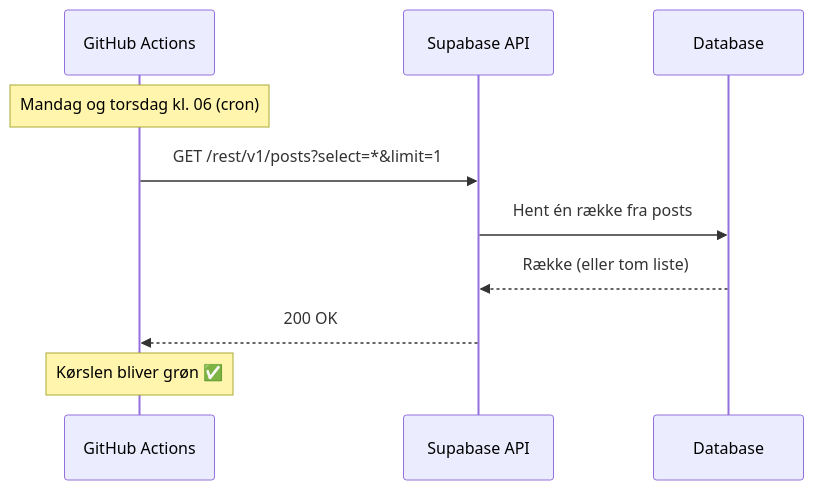
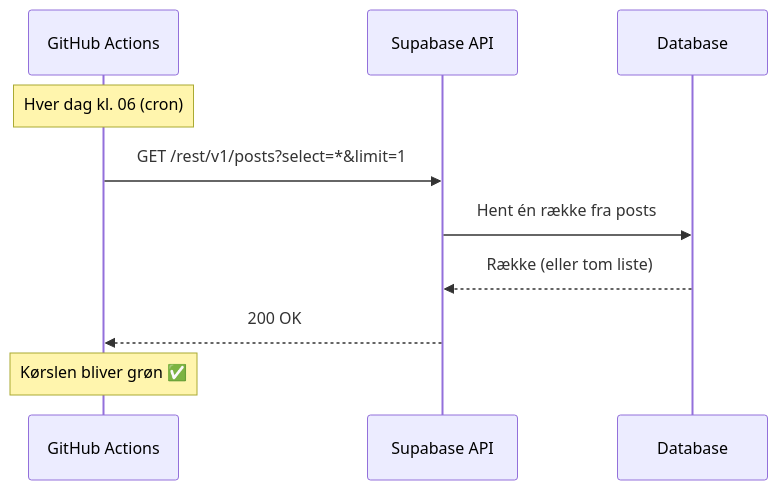
One commit to cederdorff/post-app-supabase changed the second of 3 diagrams in docs/supabase-keep-alive.md. Above: the diagram before and after it, drawn with Mermaid. The commit also changed other lines of this file and 2 other files, not shown here.

````diff
--- a/docs/supabase-keep-alive.md
+++ b/docs/supabase-keep-alive.md
@@ -99,12 +99,12 @@
 ```mermaid
 sequenceDiagram
   participant GH as GitHub Actions
   participant SB as Supabase API
   participant DB as Database
-  Note over GH: Mandag og torsdag kl. 06 (cron)
+  Note over GH: Hver dag kl. 06 (cron)
   GH->>SB: GET /rest/v1/posts?select=*&limit=1
   SB->>DB: Hent én række fra posts
   DB-->>SB: Række (eller tom liste)
   SB-->>GH: 200 OK
   Note over GH: Kørslen bliver grøn ✅
 ```
````
